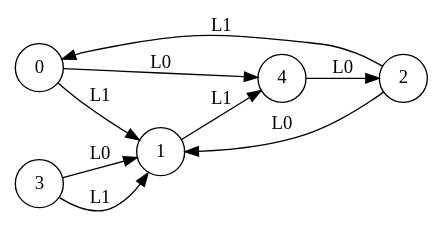
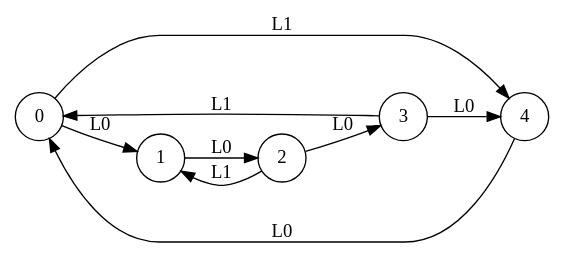
Before and after one commit to k85-ai/KB1: the diagram in automata/automaton_5_2_2_6.dot, drawn with Graphviz. The commit also changed 441 other files, not shown here.

```diff
--- a/automata/automaton_5_2_2_6.dot
+++ b/automata/automaton_5_2_2_6.dot
@@ -1,16 +1,16 @@
 digraph dotMachine {
   rankdir=LR;
   0 [shape=circle, label="0"];
   1 [shape=circle, label="1"];
   2 [shape=circle, label="2"];
   3 [shape=circle, label="3"];
   4 [shape=circle, label="4"];
-  0 -> 1 [label="L1"];
-  0 -> 4 [label="L0"];
-  2 -> 0 [label="L1"];
-  3 -> 1 [label="L1"];
-  2 -> 1 [label="L0"];
-  3 -> 1 [label="L0"];
-  4 -> 2 [label="L0"];
-  1 -> 4 [label="L1"];
+  0 -> 1 [label="L0"];
+  1 -> 2 [label="L0"];
+  2 -> 3 [label="L0"];
+  3 -> 4 [label="L0"];
+  4 -> 0 [label="L0"];
+  3 -> 0 [label="L1"];
+  2 -> 1 [label="L1"];
+  0 -> 4 [label="L1"];
 }
```
